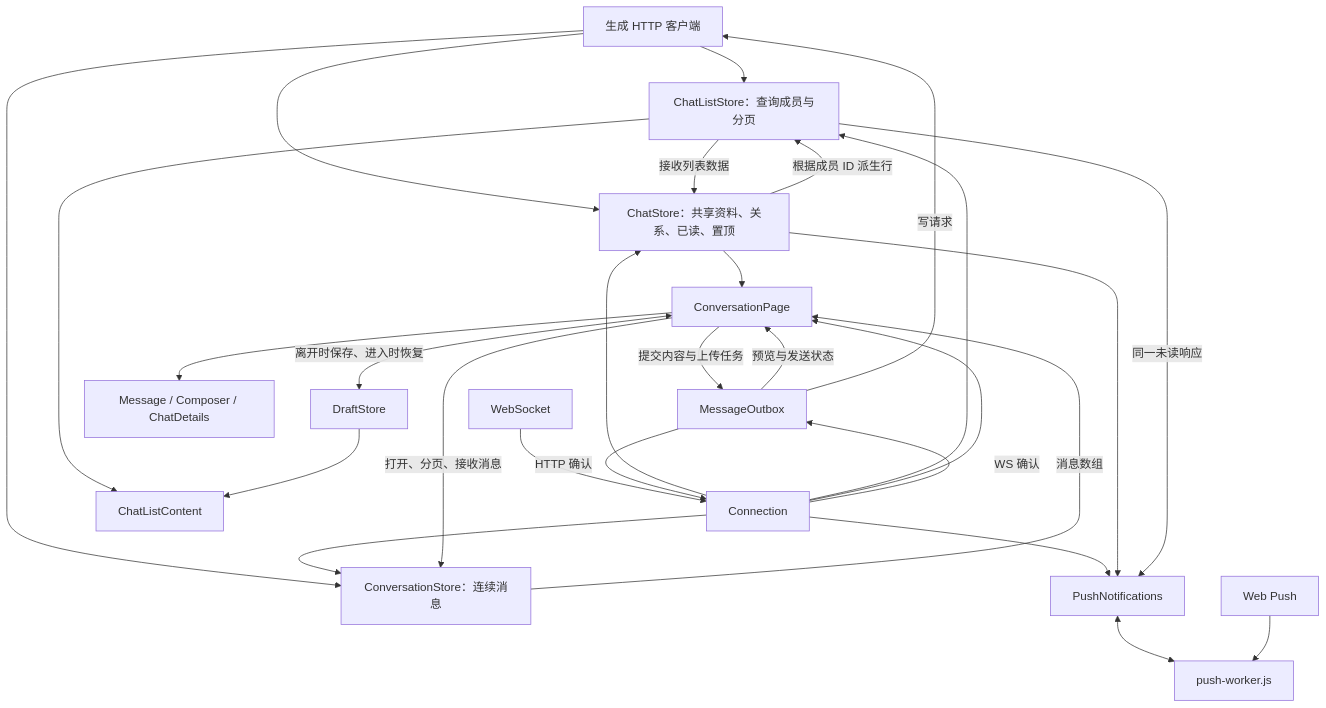
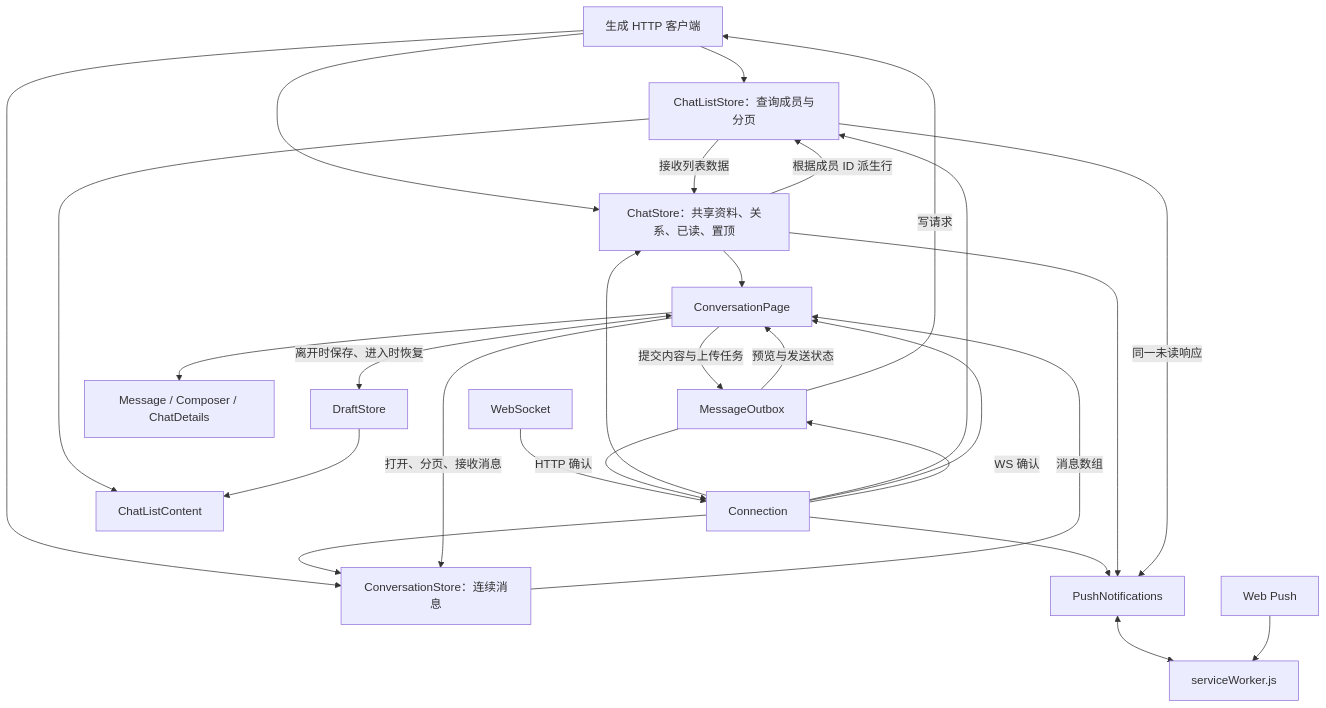
One commit to chahua-im/chahua changed the diagram in pwa/docs/data-flow.md. Above: the diagram before and after it, drawn with Mermaid. The commit also changed other lines of this file and 52 other files, not shown here.

````diff
--- a/pwa/docs/data-flow.md
+++ b/pwa/docs/data-flow.md
@@ -28,30 +28,30 @@
 ```mermaid
 flowchart TD
   API[生成 HTTP 客户端] --> LISTS[ChatListStore：查询成员与分页]
   API --> CHAT[ChatStore：共享资料、关系、已读、置顶]
   API --> RANGE[ConversationStore：连续消息]
   WS[WebSocket] --> CONNECTION[Connection]
   CONNECTION --> CHAT
   CONNECTION --> LISTS
   CONNECTION --> RANGE
   CONNECTION --> PAGE[ConversationPage]
   LISTS -->|接收列表数据| CHAT
   CHAT -->|根据成员 ID 派生行| LISTS
   LISTS --> LIST[ChatListContent]
   CHAT --> PAGE
   PAGE -->|打开、分页、接收消息| RANGE
   RANGE -->|消息数组| PAGE
   PAGE -->|提交内容与上传任务| OUTBOX[MessageOutbox]
   OUTBOX -->|预览与发送状态| PAGE
   OUTBOX -->|写请求| API
   OUTBOX -->|HTTP 确认| CONNECTION
   CONNECTION -->|WS 确认| OUTBOX
   PAGE --> VIEW[Message / Composer / ChatDetails]
   DRAFT[DraftStore] --> LIST
   PAGE <-->|离开时保存、进入时恢复| DRAFT
   CONNECTION --> NOTIFY[PushNotifications]
   CHAT --> NOTIFY
   LISTS -->|同一未读响应| NOTIFY
-  NOTIFY <--> WORKER[push-worker.js]
+  NOTIFY <--> WORKER[serviceWorker.js]
   PUSH[Web Push] --> WORKER
 ```
````
